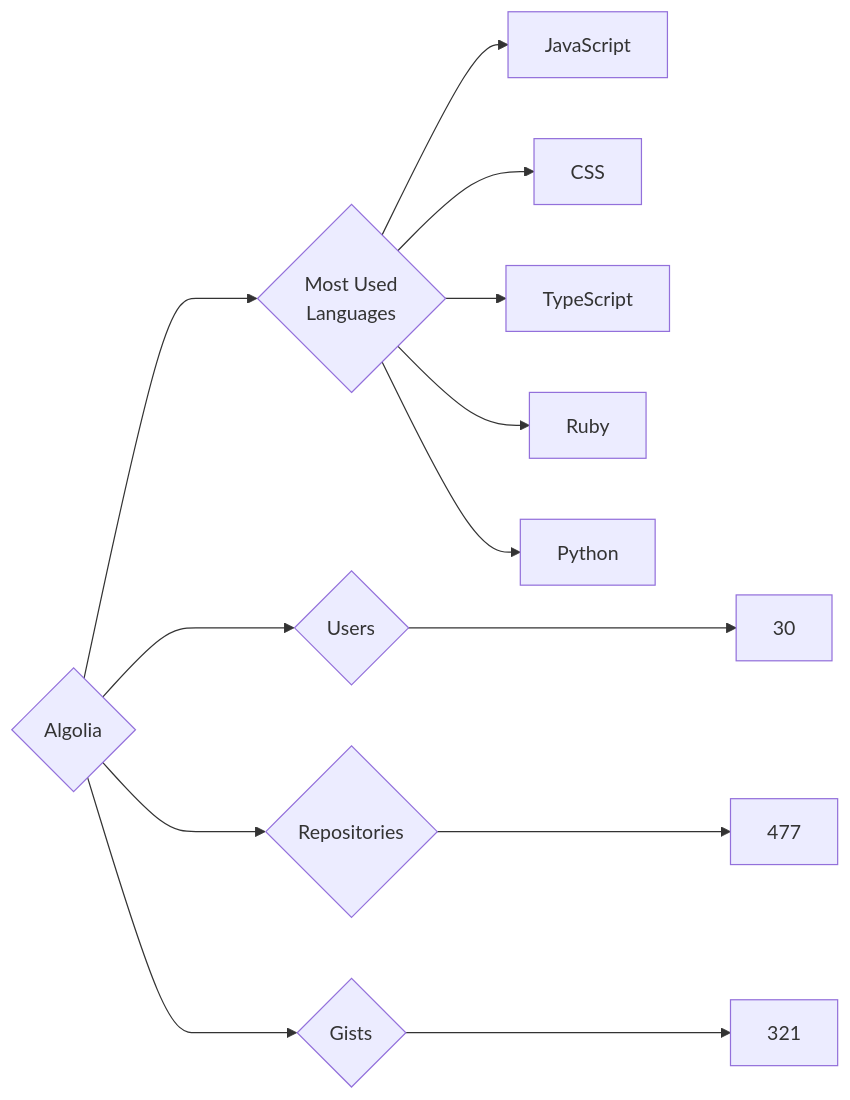
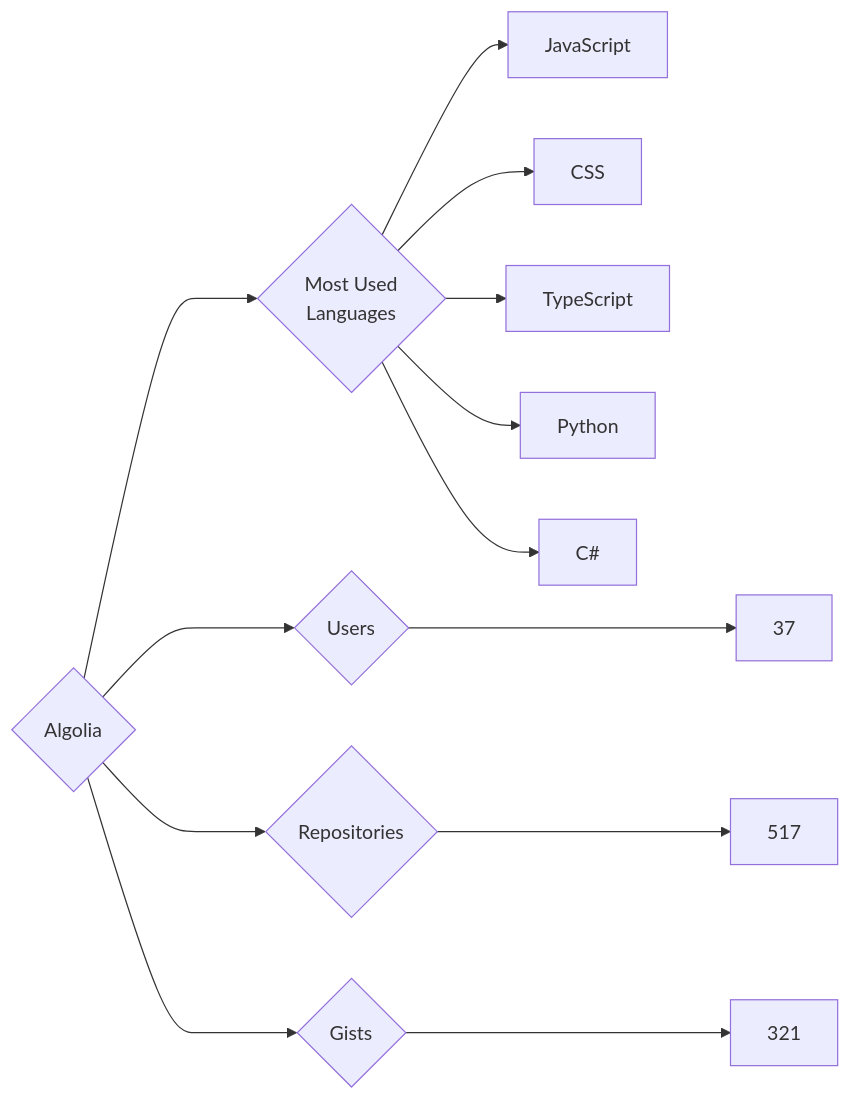
Before and after one commit to trickest/insiders: the diagram in targets/Algolia/README.md, drawn with Mermaid. The commit also changed 1314 other files, not shown here.

````diff
--- a/targets/Algolia/README.md
+++ b/targets/Algolia/README.md
@@ -3,13 +3,13 @@
 ```mermaid
 graph LR
 COMPANY_NAME{Algolia}
-COMPANY_NAME ---> U{Users} ---> UN[30]
-COMPANY_NAME ---> R{Repositories} ---> RN[477]
+COMPANY_NAME ---> U{Users} ---> UN[37]
+COMPANY_NAME ---> R{Repositories} ---> RN[517]
 COMPANY_NAME ---> G{Gists} ---> GN[321]
 COMPANY_NAME ---> ML{Most Used<br>Languages}
 ML --> JavaScript[JavaScript]
 ML --> CSS[CSS]
 ML --> TypeScript[TypeScript]
-ML --> Ruby[Ruby]
 ML --> Python[Python]
+ML --> C#[C#]
 ```
````
